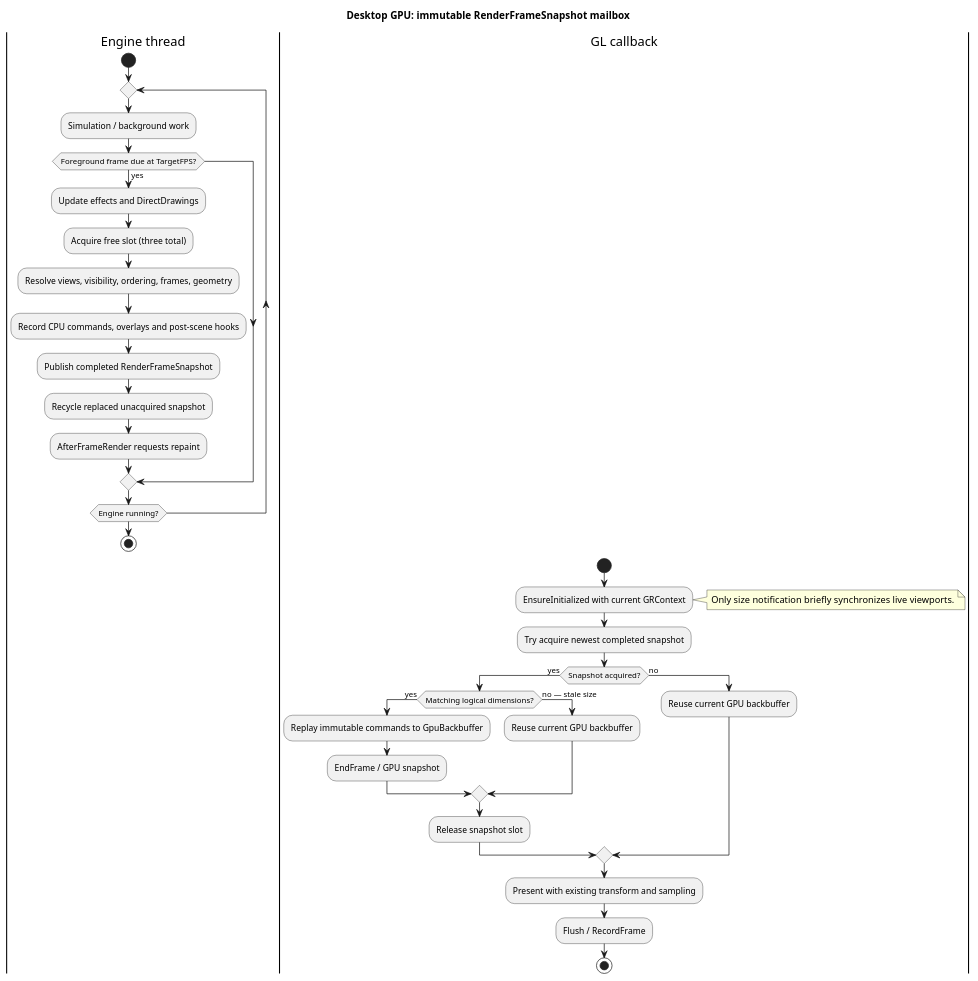
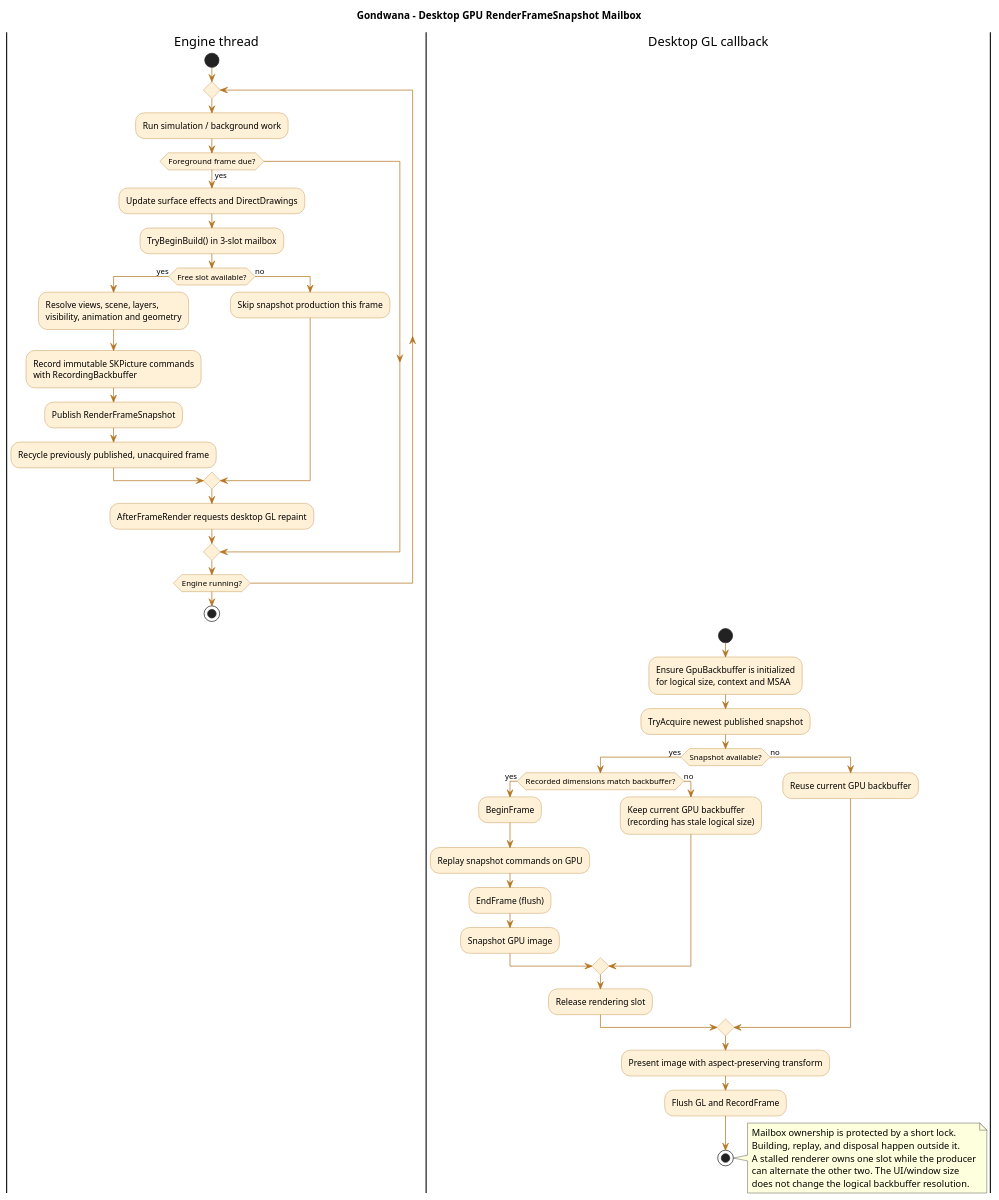
Before and after one commit to Isthimius/Gondwana: the diagram in Solution Items/documentation/rendering-pipeline-flowchart-gpu-backbuffer.puml, drawn with PlantUML. The commit also changed 8 other files, not shown here.

First line of the commit message:
docs: Refresh PlantUML architecture and rendering diagrams (#555)

```diff
--- a/Solution Items/documentation/rendering-pipeline-flowchart-gpu-backbuffer.puml
+++ b/Solution Items/documentation/rendering-pipeline-flowchart-gpu-backbuffer.puml
@@ -1,37 +1,59 @@
 @startuml rendering-pipeline-flowchart-gpu-backbuffer
-title Desktop GPU: immutable RenderFrameSnapshot mailbox
+title Gondwana - Desktop GPU RenderFrameSnapshot Mailbox
+' Desktop-only: browser GPU does NOT use the snapshot mailbox.
+skinparam shadowing false
+skinparam activity {
+  BackgroundColor #FFF1D8
+  BorderColor #B57521
+  ArrowColor #B57521
+}
+
 |Engine thread|
 start
 repeat
-:Simulation / background work;
-if (Foreground frame due at TargetFPS?) then (yes)
-:Update effects and DirectDrawings;
-:Acquire free slot (three total);
-:Resolve views, visibility, ordering, frames, geometry;
-:Record CPU commands, overlays and post-scene hooks;
-:Publish completed RenderFrameSnapshot;
-:Recycle replaced unacquired snapshot;
-:AfterFrameRender requests repaint;
-endif
+  :Run simulation / background work;
+  if (Foreground frame due?) then (yes)
+    :Update surface effects and DirectDrawings;
+    :TryBeginBuild() in 3-slot mailbox;
+    if (Free slot available?) then (yes)
+      :Resolve views, scene, layers,\nvisibility, animation and geometry;
+      :Record immutable SKPicture commands\nwith RecordingBackbuffer;
+      :Publish RenderFrameSnapshot;
+      :Recycle previously published, unacquired frame;
+    else (no)
+      :Skip snapshot production this frame;
+    endif
+    :AfterFrameRender requests desktop GL repaint;
+  endif
 repeat while (Engine running?)
 stop
-|GL callback|
+
+|Desktop GL callback|
 start
-:EnsureInitialized with current GRContext;
-note right: Only size notification briefly synchronizes live viewports.
-:Try acquire newest completed snapshot;
-if (Snapshot acquired?) then (yes)
-  if (Matching logical dimensions?) then (yes)
-    :Replay immutable commands to GpuBackbuffer;
-    :EndFrame / GPU snapshot;
-  else (no — stale size)
-    :Reuse current GPU backbuffer;
+:Ensure GpuBackbuffer is initialized\nfor logical size, context and MSAA;
+:TryAcquire newest published snapshot;
+if (Snapshot available?) then (yes)
+  if (Recorded dimensions match backbuffer?) then (yes)
+    :BeginFrame;
+    :Replay snapshot commands on GPU;
+    :EndFrame (flush);
+    :Snapshot GPU image;
+  else (no)
+    :Keep current GPU backbuffer\n(recording has stale logical size);
   endif
-  :Release snapshot slot;
+  :Release rendering slot;
 else (no)
   :Reuse current GPU backbuffer;
 endif
-:Present with existing transform and sampling;
-:Flush / RecordFrame;
+:Present image with aspect-preserving transform;
+:Flush GL and RecordFrame;
 stop
+
+note right
+  Mailbox ownership is protected by a short lock.
+  Building, replay, and disposal happen outside it.
+  A stalled renderer owns one slot while the producer
+  can alternate the other two. The UI/window size
+  does not change the logical backbuffer resolution.
+end note
 @enduml
```
